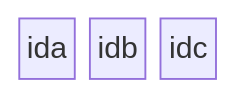
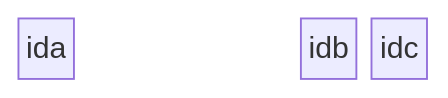
One commit to mermaid-js/mermaid changed diagram 19 of 28 in docs/syntax/block.md. Above: the diagram before and after it, drawn with Mermaid. The commit also changed other lines of this file and 9 other files, not shown here.

````diff
--- a/docs/syntax/block.md
+++ b/docs/syntax/block.md
@@ -414,5 +423,4 @@
 ```mermaid
 block-beta
-  space:3
-  ida idb idc
+  ida space:3 idb idc
 ```
````
